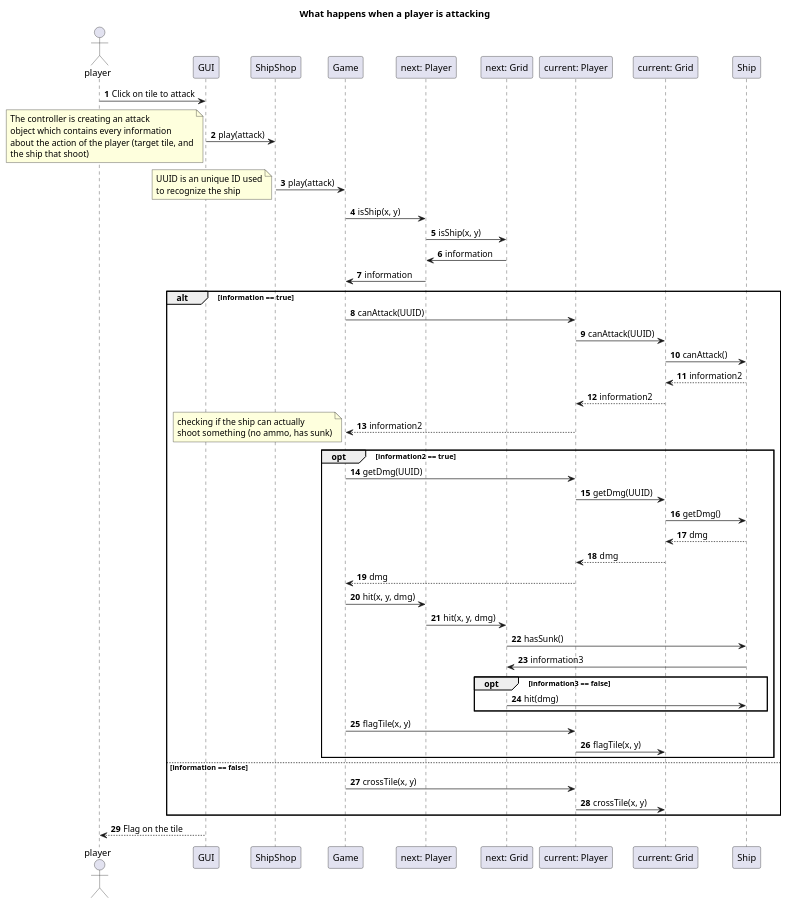
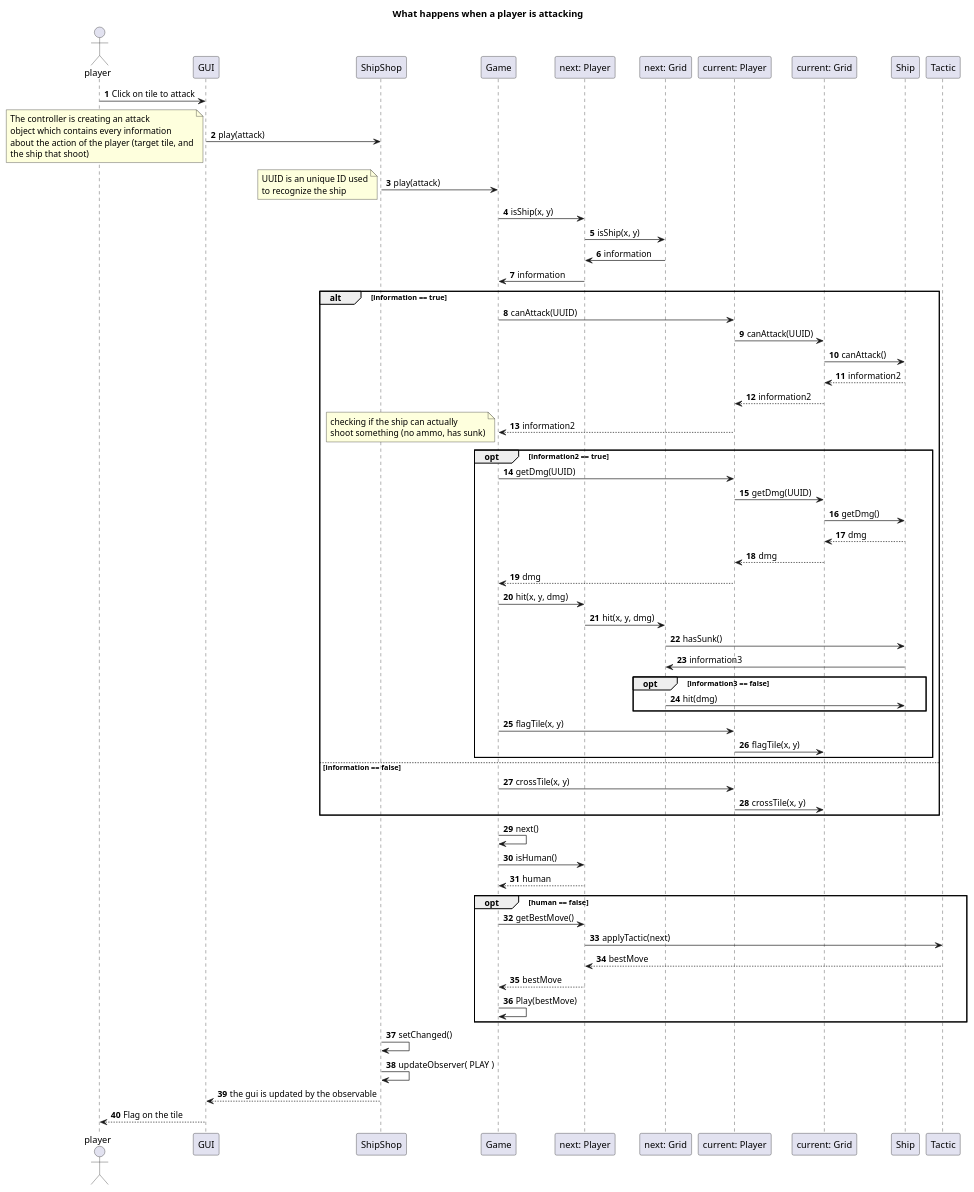
One commit to Reynault/ShipShop changed the diagram in doc/conception/pmul/sequence/play.puml. Above: the diagram before and after it, drawn with PlantUML. The commit also changed 1 other file, not shown here.

Commit message:
Adding play diagram

```diff
--- a/doc/conception/pmul/sequence/play.puml
+++ b/doc/conception/pmul/sequence/play.puml
@@ -1,99 +1,124 @@
 @startuml
 
 title What happens when a player is attacking
 
 autonumber
 actor player
 
 player -> GUI: Click on tile to attack
 
 GUI -> ShipShop: play(attack)
 
 note left
 The controller is creating an attack
 object which contains every information
 about the action of the player (target tile, and
 the ship that shoot)
 end note
 
 ShipShop -> Game: play(attack)
 
 
 note left
 UUID is an unique ID used
 to recognize the ship
 end note
 
 Game -> "next: Player": isShip(x, y)
 
 "next: Player" -> "next: Grid": isShip(x, y)
 
 "next: Grid" -> "next: Player": information
 
 "next: Player" -> Game: information
 
 alt information == true
 
     Game -> "current: Player": canAttack(UUID)
 
     "current: Player" -> "current: Grid": canAttack(UUID)
 
     "current: Grid" -> Ship: canAttack()
 
     Ship --> "current: Grid": information2
 
     "current: Grid" --> "current: Player": information2
 
     "current: Player" --> Game: information2
 
     opt information2 == true
 
         note left
             checking if the ship can actually
             shoot something (no ammo, has sunk)
         end note
 
         Game -> "current: Player": getDmg(UUID)
 
         "current: Player" -> "current: Grid": getDmg(UUID)
 
         "current: Grid" -> Ship: getDmg()
 
         Ship --> "current: Grid": dmg
 
         "current: Grid" --> "current: Player": dmg
 
         "current: Player" --> Game: dmg
 
         Game -> "next: Player": hit(x, y, dmg)
 
         "next: Player" -> "next: Grid": hit(x, y, dmg)
 
         "next: Grid" -> Ship: hasSunk()
 
         Ship -> "next: Grid": information3
 
         opt information3 == false
 
             "next: Grid" -> Ship: hit(dmg)
 
         end
 
         Game -> "current: Player": flagTile(x, y)
 
         "current: Player" -> "current: Grid": flagTile(x, y)
 
     end
 
 else information == false
 
     Game -> "current: Player": crossTile(x, y)
 
     "current: Player" -> "current: Grid": crossTile(x, y)
 
 end
 
+Game -> Game: next()
+
+Game -> "next: Player": isHuman()
+
+"next: Player" --> Game: human
+
+opt human == false
+
+    Game -> "next: Player": getBestMove()
+
+    "next: Player" -> Tactic: applyTactic(next)
+
+    Tactic --> "next: Player": bestMove
+
+    "next: Player" --> Game: bestMove
+
+    Game -> Game: Play(bestMove)
+
+end
+
+ShipShop -> ShipShop: setChanged()
+
+ShipShop -> ShipShop: updateObserver( PLAY )
+
+ShipShop --> GUI: the gui is updated by the observable
 
 GUI --> player: Flag on the tile
 
 @enduml
```
